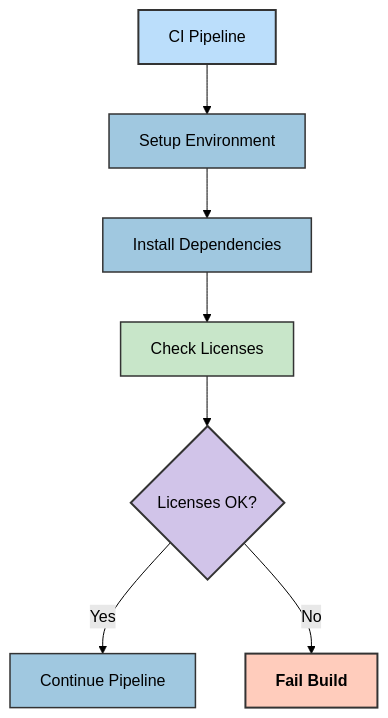
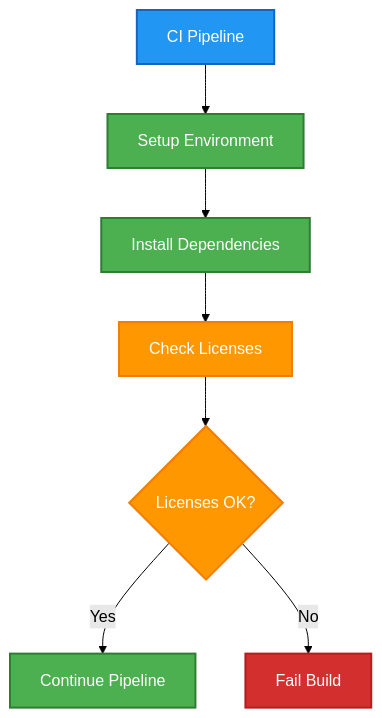
The sixth of 13 diagrams in docs/architecture/WORKFLOWS.md (step-security-bot/cia-compliance-manager), drawn with Mermaid (forest theme) before and after one commit. The commit also changed other lines of this file and 27 other files, not shown here.

First line of the commit message:
fix: resolve broken mermaid diagrams and improve color coding to match ISMS style guide (#1106)

````diff
--- a/docs/architecture/WORKFLOWS.md
+++ b/docs/architecture/WORKFLOWS.md
@@ -533,22 +533,22 @@
 ```mermaid
 flowchart TD
     Start[CI Pipeline] --> Setup[Setup Environment]
     Setup --> Install[Install Dependencies]
     Install --> LicenseCheck[Check Licenses]
     LicenseCheck --> Pass{Licenses OK?}
     Pass -->|Yes| Continue[Continue Pipeline]
     Pass -->|No| Fail[Fail Build]
 
     %% Enhanced styling with better visual hierarchy
-    classDef startNode fill:#bbdefb,stroke:#333,stroke-width:2px,color:black
-    classDef processNode fill:#a0c8e0,stroke:#333,stroke-width:1.5px,color:black
-    classDef checkNode fill:#c8e6c9,stroke:#333,stroke-width:1.5px,color:black
-    classDef decisionNode fill:#d1c4e9,stroke:#333,stroke-width:2px,color:black
-    classDef failNode fill:#ffccbc,stroke:#333,stroke-width:2px,color:black,font-weight:bold
+    classDef startNode fill:#2196F3,stroke:#1565C0,stroke-width:2px,color:#ffffff
+    classDef processNode fill:#4CAF50,stroke:#2E7D32,stroke-width:2px,color:#ffffff
+    classDef checkNode fill:#FF9800,stroke:#F57C00,stroke-width:2px,color:#ffffff
+    classDef decisionNode fill:#FF9800,stroke:#F57C00,stroke-width:2px,color:#ffffff
+    classDef failNode fill:#D32F2F,stroke:#B71C1C,stroke-width:2px,color:#ffffff
 
     class Start startNode
     class Setup,Install,Continue processNode
     class LicenseCheck checkNode
     class Pass decisionNode
     class Fail failNode
 ```
````
